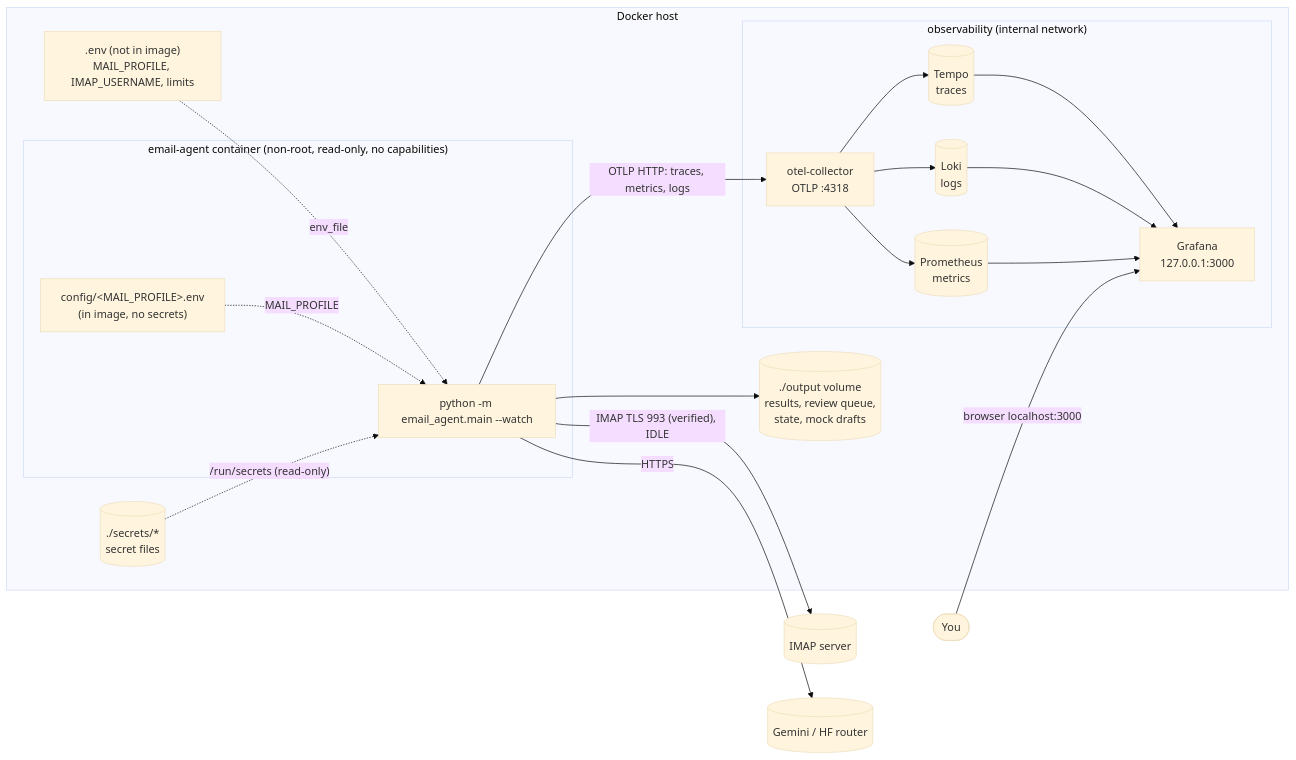
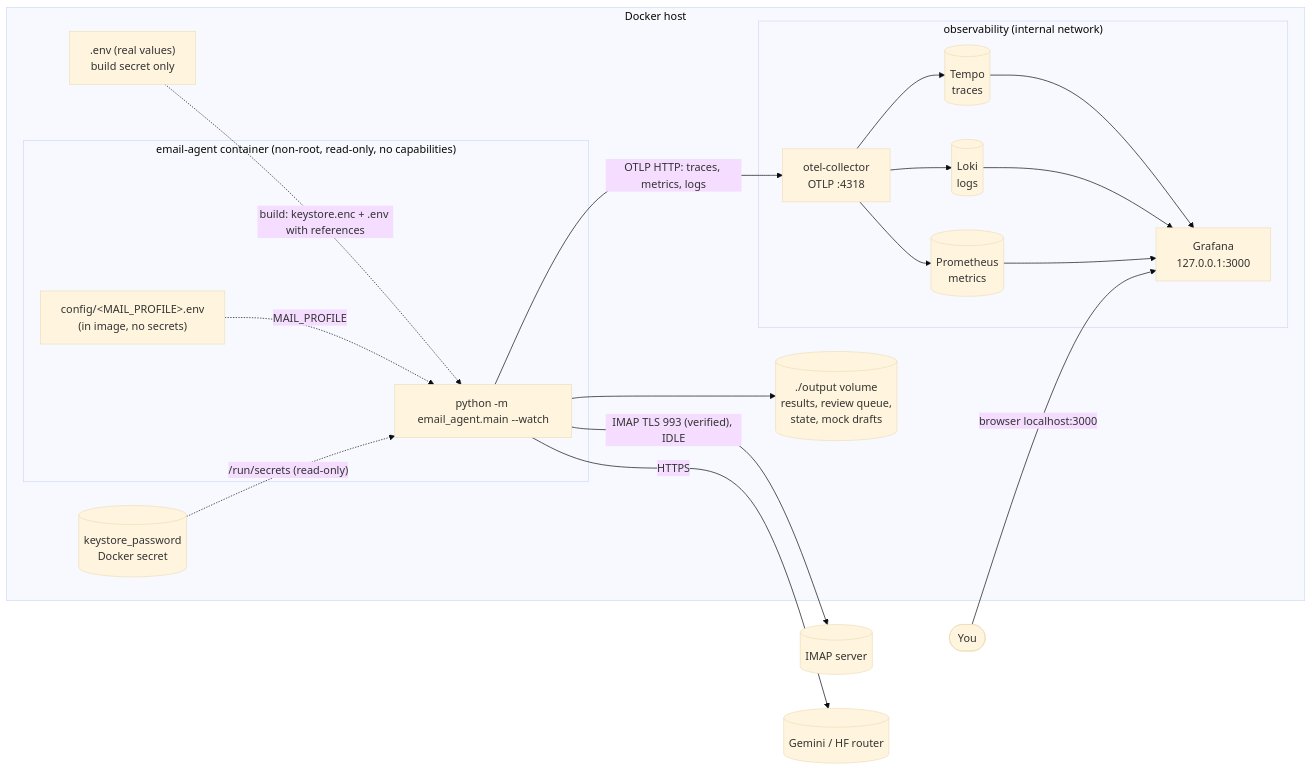
Before and after one commit to anketmalandkar-sys/ltfs-demo: the eighth of 8 diagrams in ARCHITECTURE.md, drawn with Mermaid (base theme). The commit also changed other lines of this file and 19 other files, not shown here.

First line of the commit message:
Keep secrets in an encrypted keystore inside the image

````diff
--- a/ARCHITECTURE.md
+++ b/ARCHITECTURE.md
@@ -408,29 +409,29 @@
 ```mermaid
 flowchart LR
     subgraph HOST["Docker host"]
         subgraph C1["email-agent container (non-root, read-only, no capabilities)"]
             APP["python -m email_agent.main --watch"]
             PROF["config/&lt;MAIL_PROFILE&gt;.env<br/>(in image, no secrets)"]
         end
         subgraph OBS["observability (internal network)"]
             COL["otel-collector<br/>OTLP :4318"]
             TEMPO[("Tempo<br/>traces")]
             LOKI[("Loki<br/>logs")]
             PROM[("Prometheus<br/>metrics")]
             GRAF["Grafana<br/>127.0.0.1:3000"]
             COL --> TEMPO & LOKI & PROM
             TEMPO & LOKI & PROM --> GRAF
         end
         VOL[("./output volume<br/>results, review queue,<br/>state, mock drafts")]
-        ENV[".env (not in image)<br/>MAIL_PROFILE, IMAP_USERNAME, limits"]
-        SEC[("./secrets/*<br/>secret files")]
+        ENV[".env (real values)<br/>build secret only"]
+        SEC[("keystore_password<br/>Docker secret")]
     end
-    ENV -. env_file .-> APP
+    ENV -. "build: keystore.enc + .env with references" .-> APP
     PROF -.->|"MAIL_PROFILE"| APP
     SEC -.->|"/run/secrets (read-only)"| APP
     APP --> VOL
     APP -- "IMAP TLS 993 (verified), IDLE" --> GM[("IMAP server")]
     APP -- HTTPS --> LLMAPI[("Gemini / HF router")]
     APP -- "OTLP HTTP: traces, metrics, logs" --> COL
     USER(["You"]) -- "browser localhost:3000" --> GRAF
 ```
````
